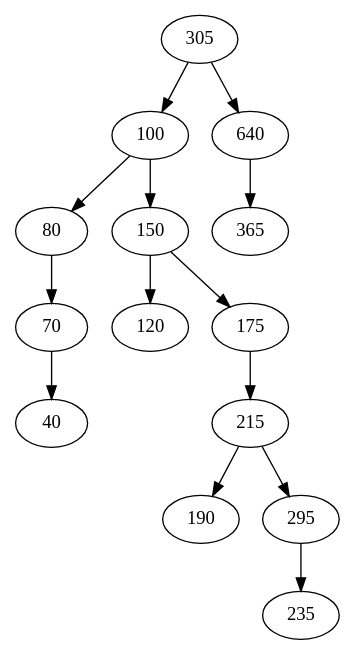
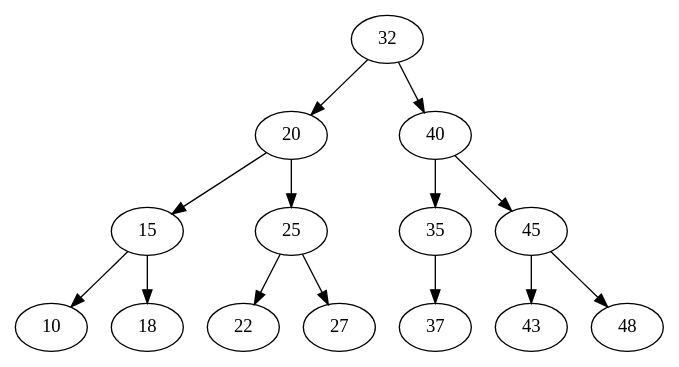
One commit to Edwinhndz/201807124_EDD_Proyecto changed the diagram in grafica_arbol.dot. Above: the diagram before and after it, drawn with Graphviz. The commit also changed 19 other files, not shown here.

```diff
--- a/grafica_arbol.dot
+++ b/grafica_arbol.dot
@@ -1,41 +1,41 @@
 digraph G { 
-X10000123[label ="305"];
+X10000123[label ="32"];
 X10000123->X20000123;
-X20000123[label ="100"];
-X20000123[label ="100"];
-X20000123->X60000123;
-X60000123[label ="80"];
-X60000123[label ="80"];
-X60000123->X90000123;
-X90000123[label ="70"];
-X90000123[label ="70"];
-X90000123->X05000123;
-X05000123[label ="40"];
-X20000123[label ="100"];
-X20000123->X30000123;
-X30000123[label ="150"];
-X30000123[label ="150"];
-X30000123->X04000123;
-X04000123[label ="120"];
-X30000123[label ="150"];
-X30000123->X50000123;
-X50000123[label ="175"];
-X50000123[label ="175"];
-X50000123->X70000123;
-X70000123[label ="215"];
-X70000123[label ="215"];
-X70000123->X03000123;
-X03000123[label ="190"];
-X70000123[label ="215"];
-X70000123->X80000123;
-X80000123[label ="295"];
-X80000123[label ="295"];
-X80000123->X01000123;
-X01000123[label ="235"];
-X10000123[label ="305"];
-X10000123->X40000123;
-X40000123[label ="640"];
-X40000123[label ="640"];
-X40000123->X06000123;
-X06000123[label ="365"];
+X20000123[label ="20"];
+X20000123[label ="20"];
+X20000123->X50000123;
+X50000123[label ="15"];
+X50000123[label ="15"];
+X50000123->X07000123;
+X07000123[label ="10"];
+X50000123[label ="15"];
+X50000123->X80000123;
+X80000123[label ="18"];
+X20000123[label ="20"];
+X20000123->X40000123;
+X40000123[label ="25"];
+X40000123[label ="25"];
+X40000123->X01000123;
+X01000123[label ="22"];
+X40000123[label ="25"];
+X40000123->X02000123;
+X02000123[label ="27"];
+X10000123[label ="32"];
+X10000123->X30000123;
+X30000123[label ="40"];
+X30000123[label ="40"];
+X30000123->X60000123;
+X60000123[label ="35"];
+X60000123[label ="35"];
+X60000123->X04000123;
+X04000123[label ="37"];
+X30000123[label ="40"];
+X30000123->X70000123;
+X70000123[label ="45"];
+X70000123[label ="45"];
+X70000123->X05000123;
+X05000123[label ="43"];
+X70000123[label ="45"];
+X70000123->X06000123;
+X06000123[label ="48"];
  }
```
